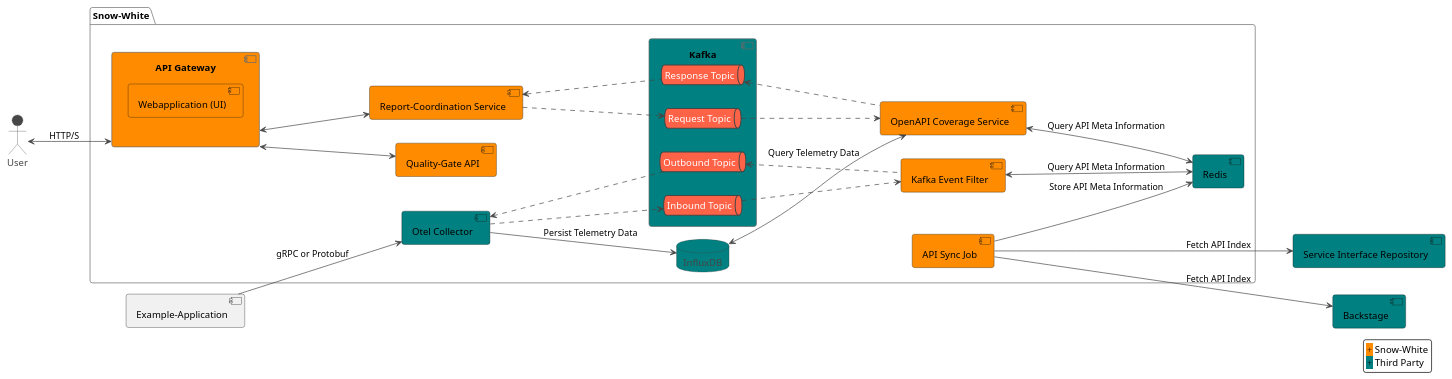
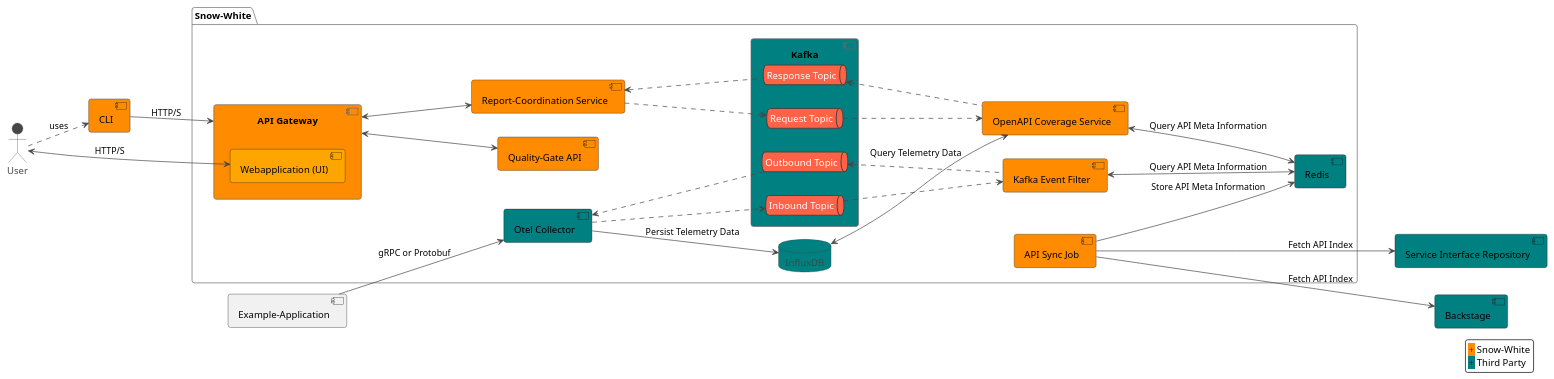
One commit to bbortt/snow-white changed the diagram in DEVELOPMENT.md. Above: the diagram before and after it, drawn with PlantUML. The commit also changed other lines of this file, not shown here.

Commit message:
docs: updated dev docs

```diff
--- a/DEVELOPMENT.md
+++ b/DEVELOPMENT.md
@@ -61,7 +62,7 @@
     ' Snow-White components first
 
     component "API Gateway" as gate #Darkorange {
-        component "Webapplication (UI)" #Darkorange
+        component "Webapplication (UI)" as ui #Orange
     }
 
     component "API Sync Job" as sync #Darkorange
@@ -91,8 +92,13 @@
 ' User connections (aka UI)
 
 actor User as user
+component CLI as cli #Darkorange
 
-user <--> gate: HTTP/S
+user <--> ui: HTTP/S
+
+user ..> cli: uses
+cli --> gate: HTTP/S
+
 gate <--> qgate
 gate <--> coordination
 
```
